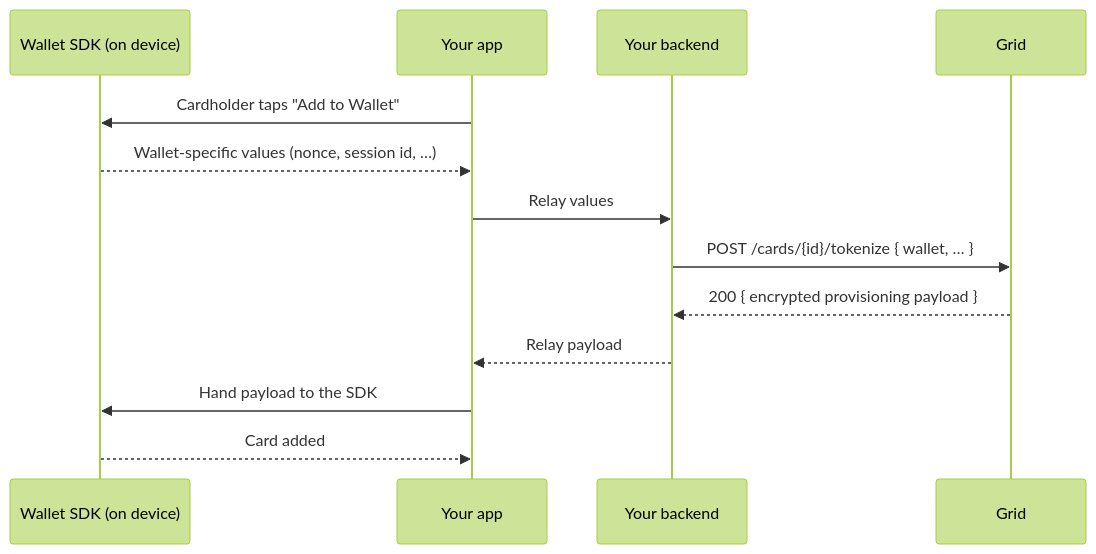
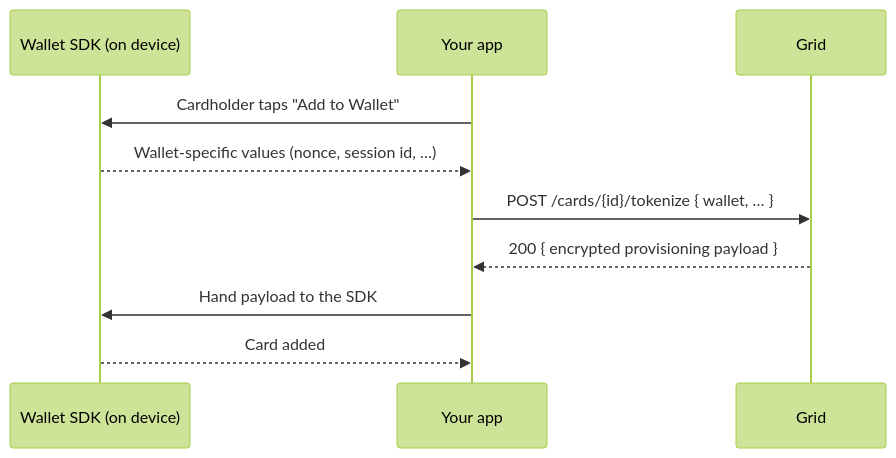
Before and after one commit to lightsparkdev/grid-api: the diagram in mintlify/snippets/cards/digital-wallet-tokenization.mdx, drawn with Mermaid (forest theme). The commit also changed other lines of this file, not shown here.

Commit message:
docs(cards): show the app calling Grid directly in the provisioning flow

````diff
--- a/mintlify/snippets/cards/digital-wallet-tokenization.mdx
+++ b/mintlify/snippets/cards/digital-wallet-tokenization.mdx
@@ -44,16 +44,13 @@
 ```mermaid
 sequenceDiagram
   participant W as Wallet SDK (on device)
   participant A as Your app
-  participant B as Your backend
   participant G as Grid
 
   A->>W: Cardholder taps "Add to Wallet"
   W-->>A: Wallet-specific values (nonce, session id, …)
-  A->>B: Relay values
-  B->>G: POST /cards/{id}/tokenize { wallet, … }
-  G-->>B: 200 { encrypted provisioning payload }
-  B-->>A: Relay payload
+  A->>G: POST /cards/{id}/tokenize { wallet, … }
+  G-->>A: 200 { encrypted provisioning payload }
   A->>W: Hand payload to the SDK
   W-->>A: Card added
 ```
````
